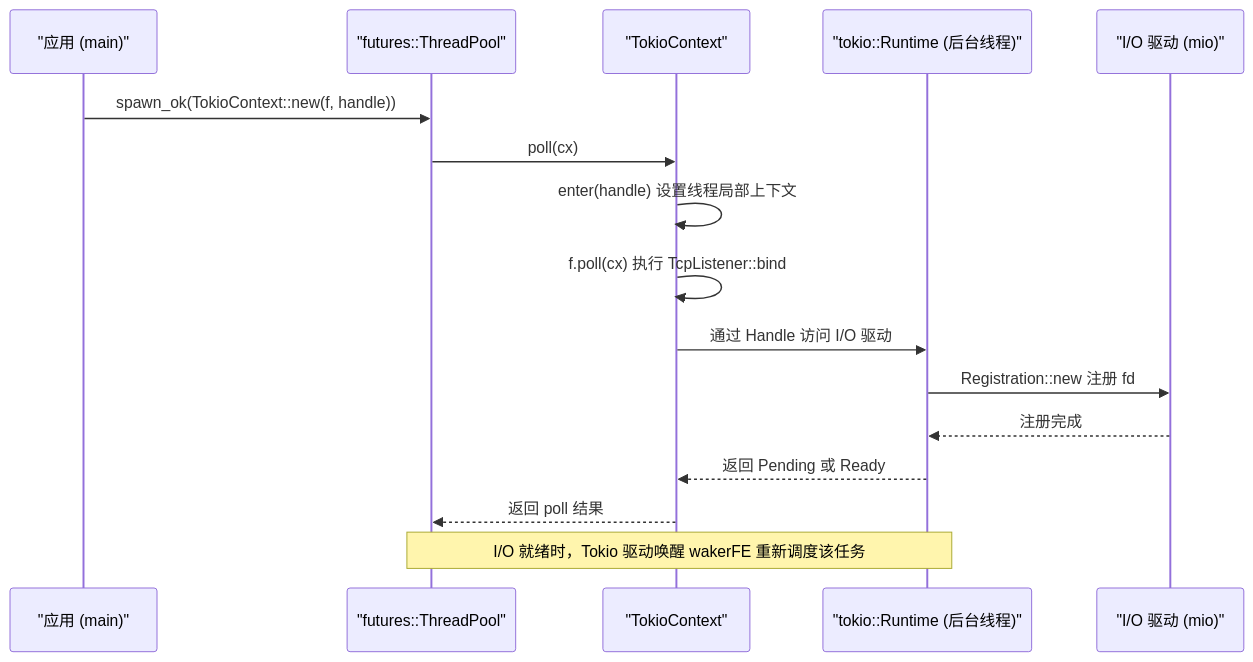
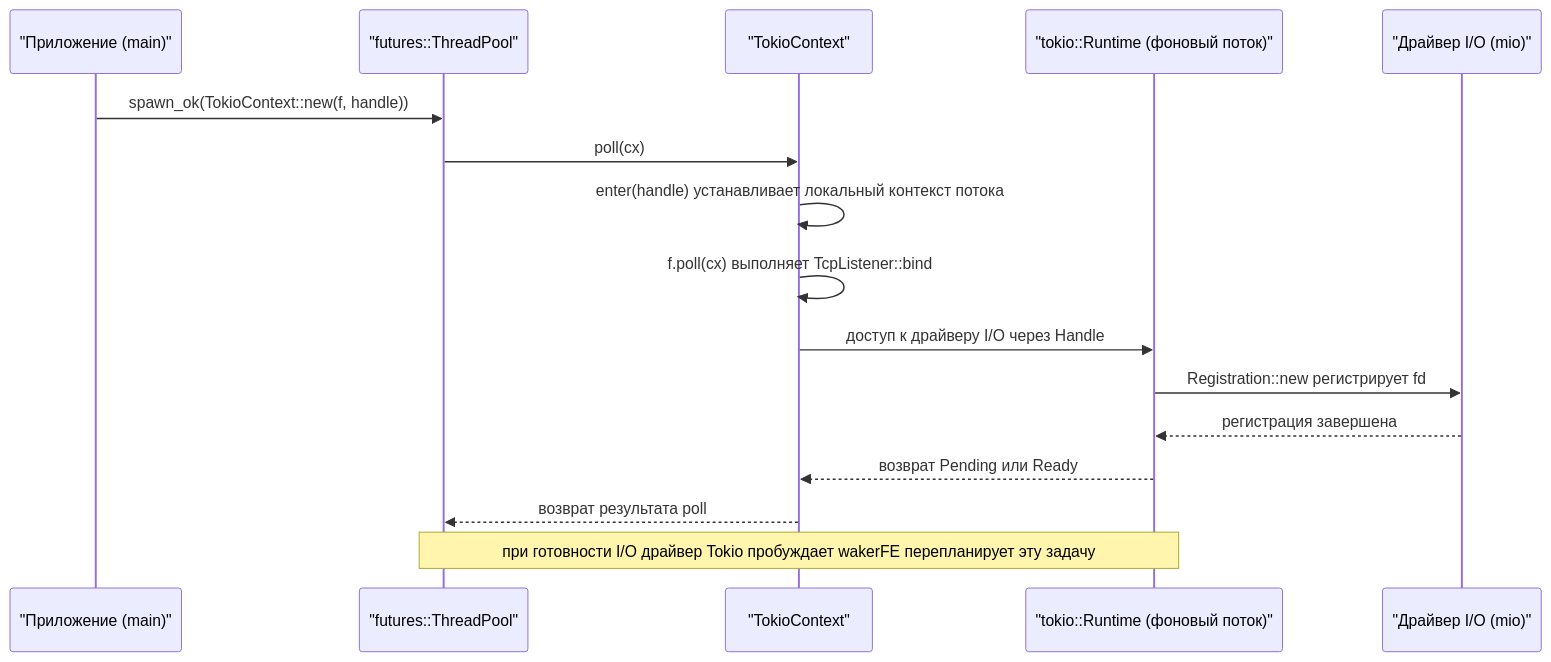
One commit to maleRjc/AiReadCodeBooks changed the second of 2 diagrams in books/tokio/ru/14-runtime-evolution-and-tradeoffs.md. Above: the diagram before and after it, drawn with Mermaid. The commit also changed other lines of this file and 74 other files, not shown here.

````diff
--- a/books/tokio/ru/14-runtime-evolution-and-tradeoffs.md
+++ b/books/tokio/ru/14-runtime-evolution-and-tradeoffs.md
@@ -343,19 +343,19 @@
 ```mermaid
 sequenceDiagram
-    participant App as "应用 (main)"
+    participant App as "Приложение (main)"
     participant FE as "futures::ThreadPool"
     participant TC as "TokioContext"
-    participant TR as "tokio::Runtime (后台线程)"
-    participant IO as "I/O 驱动 (mio)"
+    participant TR as "tokio::Runtime (фоновый поток)"
+    participant IO as "Драйвер I/O (mio)"
 
     App->>FE: spawn_ok(TokioContext::new(f, handle))
     FE->>TC: poll(cx)
-    TC->>TC: enter(handle) 设置线程局部上下文
-    TC->>TC: f.poll(cx) 执行 TcpListener::bind
-    TC->>TR: 通过 Handle 访问 I/O 驱动
-    TR->>IO: Registration::new 注册 fd
-    IO-->>TR: 注册完成
-    TR-->>TC: 返回 Pending 或 Ready
-    TC-->>FE: 返回 poll 结果
-    Note over FE,TR: I/O 就绪时，Tokio 驱动唤醒 wakerFE 重新调度该任务
+    TC->>TC: enter(handle) устанавливает локальный контекст потока
+    TC->>TC: f.poll(cx) выполняет TcpListener::bind
+    TC->>TR: доступ к драйверу I/O через Handle
+    TR->>IO: Registration::new регистрирует fd
+    IO-->>TR: регистрация завершена
+    TR-->>TC: возврат Pending или Ready
+    TC-->>FE: возврат результата poll
+    Note over FE,TR: при готовности I/O драйвер Tokio пробуждает wakerFE перепланирует эту задачу
 ```
````
